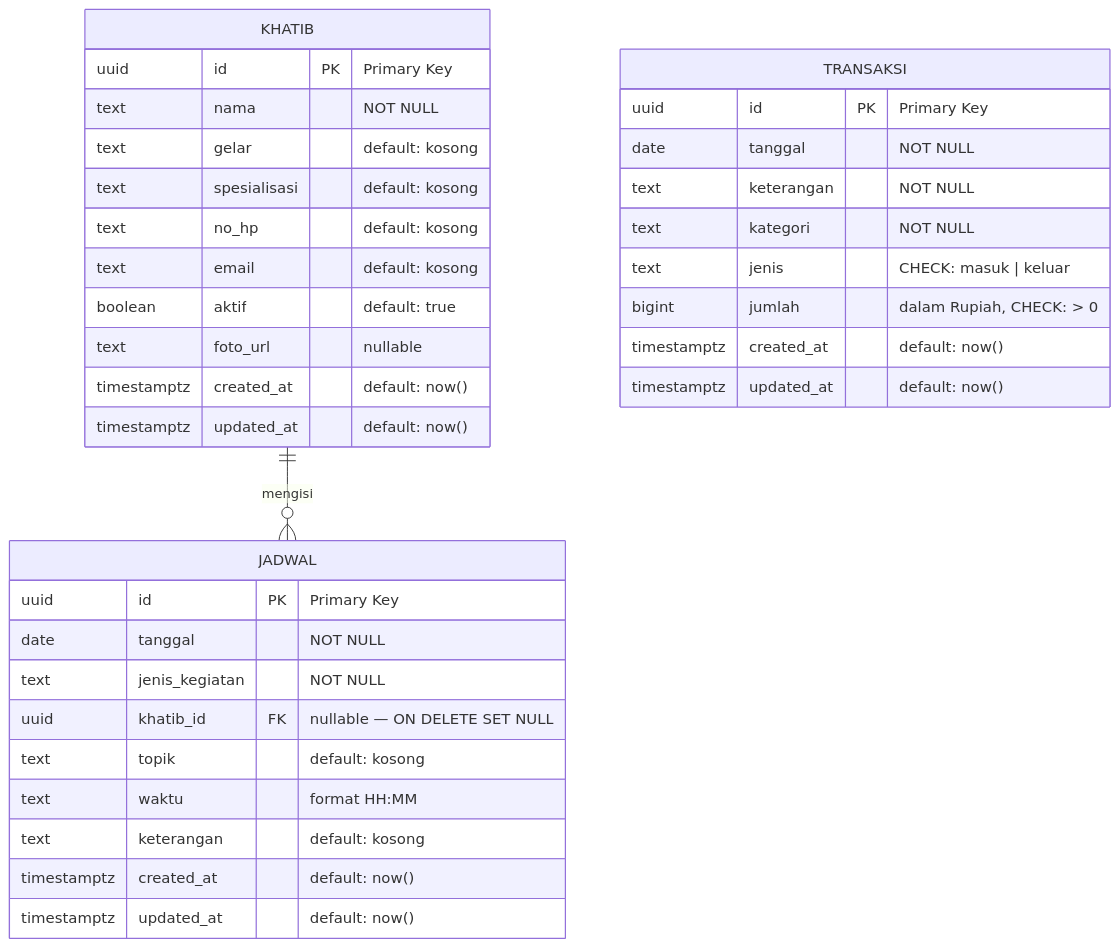
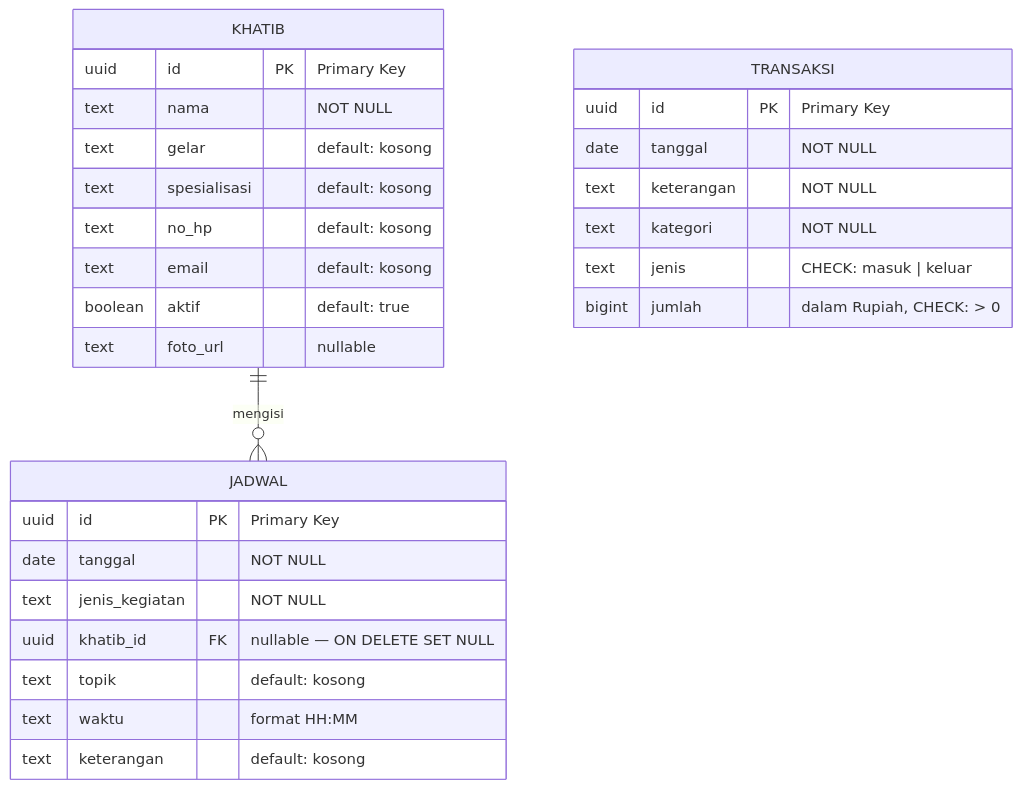
The diagram in ERD.md (nabilhatami86/masjid-al-hidayah), drawn with Mermaid before and after one commit. The commit also changed other lines of this file, not shown here.

````diff
--- a/ERD.md
+++ b/ERD.md
@@ -9,40 +9,34 @@
 ```mermaid
 erDiagram
     KHATIB {
         uuid        id           PK "Primary Key"
         text        nama         "NOT NULL"
         text        gelar        "default: kosong"
         text        spesialisasi "default: kosong"
         text        no_hp        "default: kosong"
         text        email        "default: kosong"
         boolean     aktif        "default: true"
         text        foto_url     "nullable"
-        timestamptz created_at   "default: now()"
-        timestamptz updated_at   "default: now()"
     }
 
     JADWAL {
         uuid        id             PK "Primary Key"
         date        tanggal        "NOT NULL"
         text        jenis_kegiatan "NOT NULL"
         uuid        khatib_id      FK "nullable — ON DELETE SET NULL"
         text        topik          "default: kosong"
         text        waktu          "format HH:MM"
         text        keterangan     "default: kosong"
-        timestamptz created_at     "default: now()"
-        timestamptz updated_at     "default: now()"
     }
 
     TRANSAKSI {
         uuid        id          PK "Primary Key"
         date        tanggal     "NOT NULL"
         text        keterangan  "NOT NULL"
         text        kategori    "NOT NULL"
         text        jenis       "CHECK: masuk | keluar"
         bigint      jumlah      "dalam Rupiah, CHECK: > 0"
-        timestamptz created_at  "default: now()"
-        timestamptz updated_at  "default: now()"
     }
 
     KHATIB ||--o{ JADWAL : "mengisi"
 ```
````
